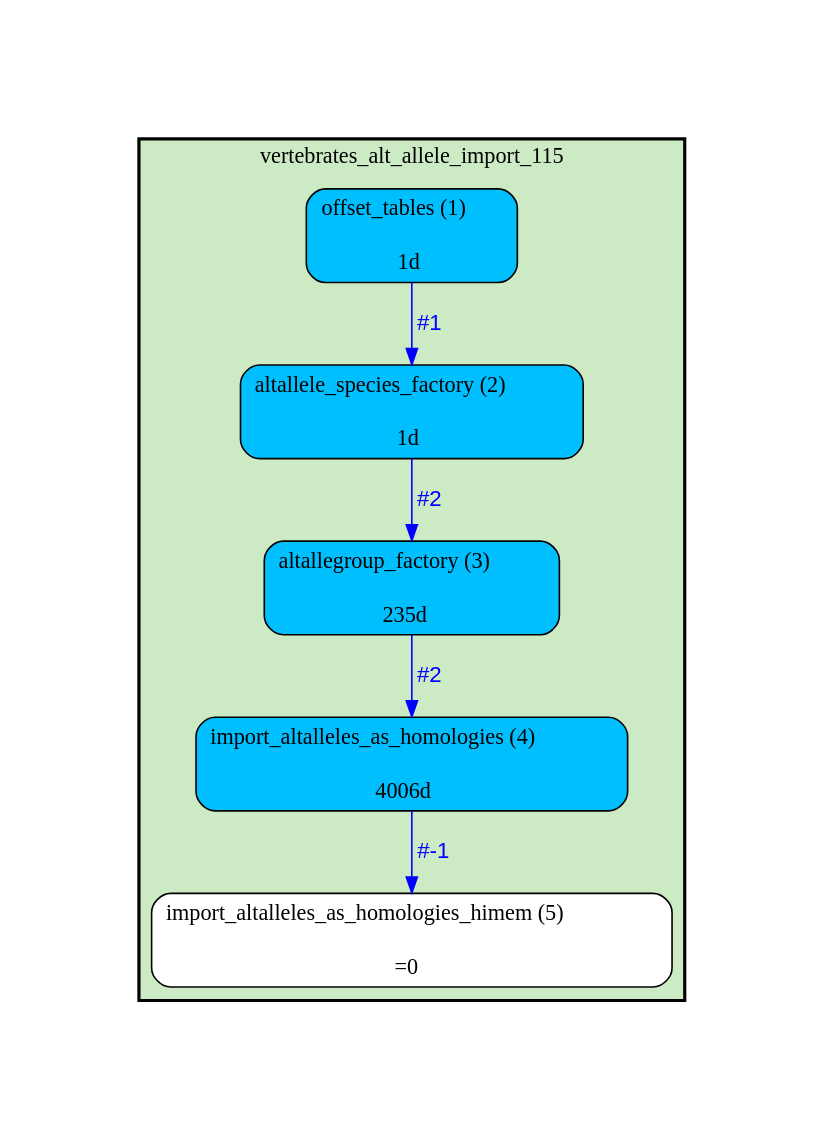
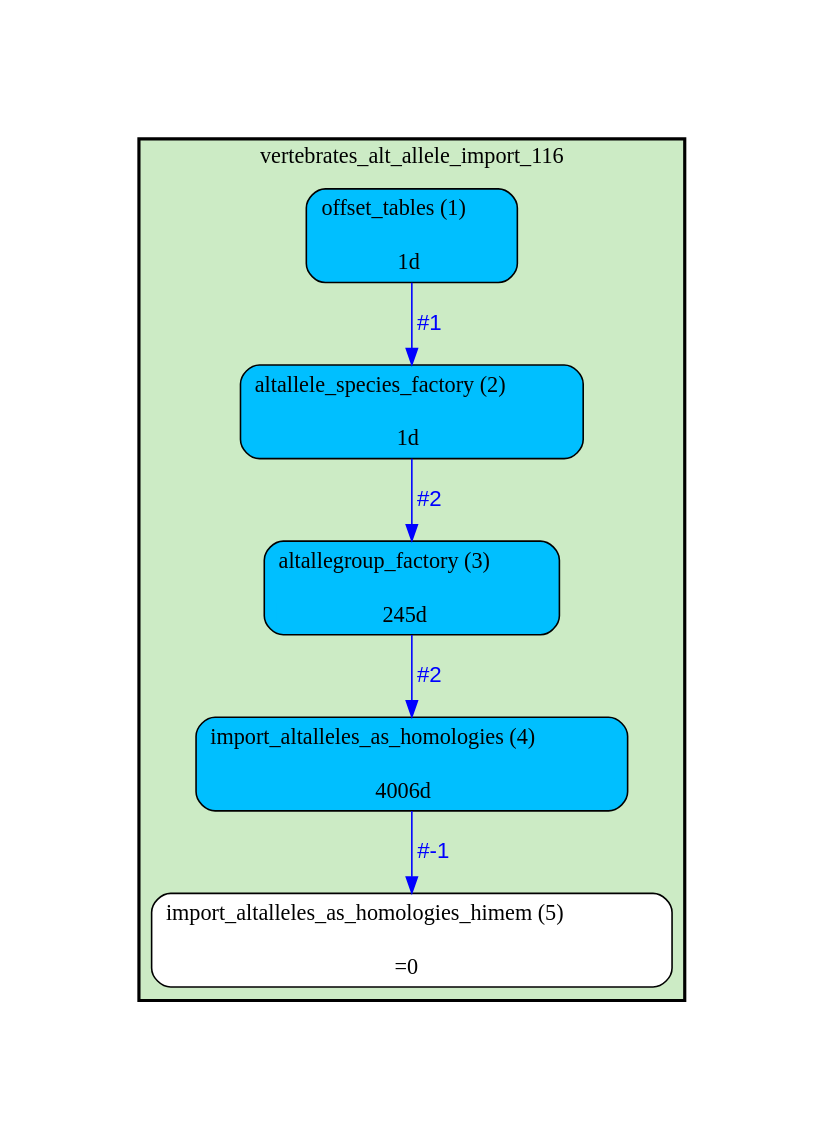
One commit to Ensembl/ensembl-compara changed the diagram in docs/production/diagrams/HomologyProjections.gv. Above: the diagram before and after it, drawn with Graphviz. The commit also changed 5 other files, not shown here.

Commit message:
Update Vertebrates pipeline diagrams for e116

```diff
--- a/docs/production/diagrams/HomologyProjections.gv
+++ b/docs/production/diagrams/HomologyProjections.gv
@@ -1,25 +1,25 @@
 digraph test {
 	ratio="compress"; concentrate = "true"; name = "AnalysisWorkflow"; pad = "1.0";
-	analysis_altallegroup_factory [fillcolor="DeepSkyBlue", fontname="Times-Roman", label=<<table border="0" cellborder="0" cellspacing="0" cellpadding="1"><tr><td colspan="1">altallegroup_factory (3)</td></tr><tr><td colspan="1"> </td></tr><tr><td bgcolor="DeepSkyBlue" width="100%">235d</td></tr></table>>, shape="Mrecord", style="filled"];
+	analysis_altallegroup_factory [fillcolor="DeepSkyBlue", fontname="Times-Roman", label=<<table border="0" cellborder="0" cellspacing="0" cellpadding="1"><tr><td colspan="1">altallegroup_factory (3)</td></tr><tr><td colspan="1"> </td></tr><tr><td bgcolor="DeepSkyBlue" width="100%">245d</td></tr></table>>, shape="Mrecord", style="filled"];
 	analysis_altallele_species_factory [fillcolor="DeepSkyBlue", fontname="Times-Roman", label=<<table border="0" cellborder="0" cellspacing="0" cellpadding="1"><tr><td colspan="1">altallele_species_factory (2)</td></tr><tr><td colspan="1"> </td></tr><tr><td bgcolor="DeepSkyBlue" width="100%">1d</td></tr></table>>, shape="Mrecord", style="filled"];
 	analysis_import_altalleles_as_homologies [fillcolor="DeepSkyBlue", fontname="Times-Roman", label=<<table border="0" cellborder="0" cellspacing="0" cellpadding="1"><tr><td colspan="1">import_altalleles_as_homologies (4)</td></tr><tr><td colspan="1"> </td></tr><tr><td bgcolor="DeepSkyBlue" width="100%">4006d</td></tr></table>>, shape="Mrecord", style="filled"];
 	analysis_import_altalleles_as_homologies_himem [fillcolor="white", fontname="Times-Roman", label=<<table border="0" cellborder="0" cellspacing="0" cellpadding="1"><tr><td colspan="1">import_altalleles_as_homologies_himem (5)</td></tr><tr><td colspan="1"> </td></tr><tr><td>=0</td></tr></table>>, shape="Mrecord", style="filled"];
 	analysis_offset_tables [fillcolor="DeepSkyBlue", fontname="Times-Roman", label=<<table border="0" cellborder="0" cellspacing="0" cellpadding="1"><tr><td colspan="1">offset_tables (1)</td></tr><tr><td colspan="1"> </td></tr><tr><td bgcolor="DeepSkyBlue" width="100%">1d</td></tr></table>>, shape="Mrecord", style="filled"];
 	analysis_altallegroup_factory -> analysis_import_altalleles_as_homologies [color="blue", fontcolor="blue", fontname="Helvetica", label="#2\n"];
 	analysis_altallele_species_factory -> analysis_altallegroup_factory [color="blue", fontcolor="blue", fontname="Helvetica", label="#2\n"];
 	analysis_import_altalleles_as_homologies -> analysis_import_altalleles_as_homologies_himem [color="blue", fontcolor="blue", fontname="Helvetica", label="#-1\n"];
 	analysis_offset_tables -> analysis_altallele_species_factory [color="blue", fontcolor="blue", fontname="Helvetica", label="#1\n"];
 
-subgraph "cluster_vertebrates_alt_allele_import_115" {
-	label="vertebrates_alt_allele_import_115";
+subgraph "cluster_vertebrates_alt_allele_import_116" {
+	label="vertebrates_alt_allele_import_116";
 	style="bold,filled";
 	colorscheme="pastel19";
 	fillcolor="3";
 	color="";
 	analysis_altallegroup_factory;
 	analysis_altallele_species_factory;
 	analysis_import_altalleles_as_homologies;
 	analysis_import_altalleles_as_homologies_himem;
 	analysis_offset_tables;
 }
 }
```
